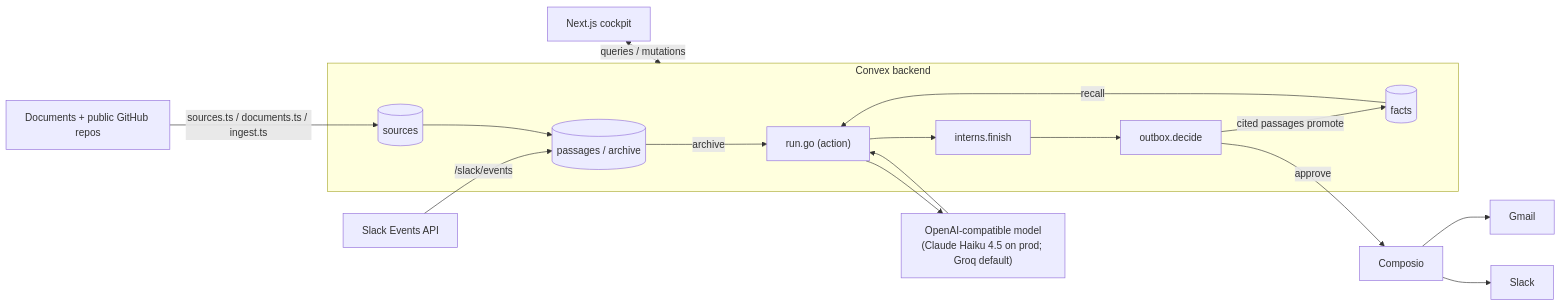
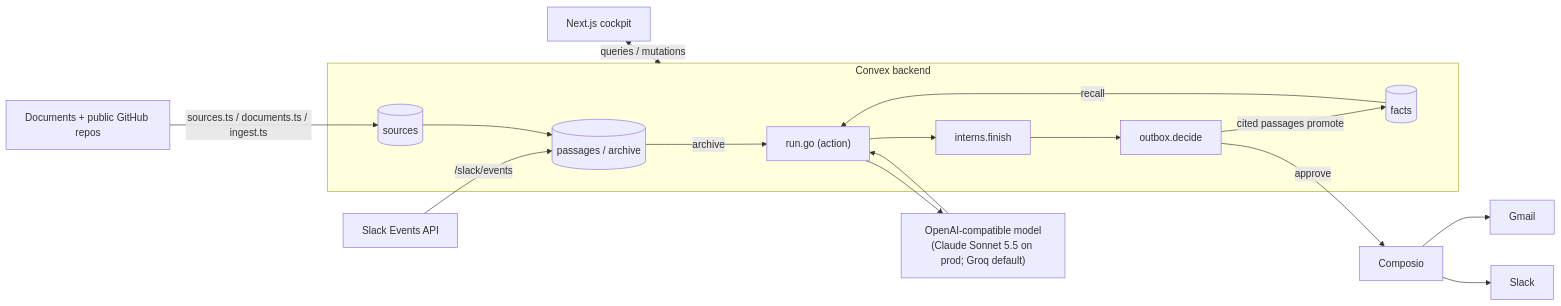
One commit to MihirSahu14/intern changed the diagram in README.md. Above: the diagram before and after it, drawn with Mermaid. The commit also changed 2 other files, not shown here.

Commit message:
model: stop sending temperature, so Claude Sonnet 5.5 can run
Claude Sonnet 5.5 refuses any non-default sampling setting with a 400, so
the temperature 0.4 sent on every call would push every run to the
fallback model. Nothing passed a temperature of its own; the option goes.
Prod moves to claude-sonnet-5-5 by env (MODEL_NAME, and the budget's
MODEL_USD_PER_M_IN/OUT at 2 and 10).

````diff
--- a/README.md
+++ b/README.md
@@ -65,26 +65,26 @@
 ```mermaid
 flowchart LR
     UI["Next.js cockpit"] <-->|"queries / mutations"| Convex
 
     subgraph Convex["Convex backend"]
         Run["run.go (action)"]
         Finish["interns.finish"]
         Outbox["outbox.decide"]
         Facts[("facts")]
         Passages[("passages / archive")]
         Sources[("sources")]
     end
 
     Facts -->|"recall"| Run
     Passages -->|"archive"| Run
-    Run --> Model["OpenAI-compatible model\n(Claude Haiku 4.5 on prod; Groq default)"]
+    Run --> Model["OpenAI-compatible model\n(Claude Sonnet 5.5 on prod; Groq default)"]
     Model --> Run
     Run --> Finish --> Outbox
     Outbox -->|"approve"| Composio
     Outbox -->|"cited passages promote"| Facts
     Composio --> Gmail
     Composio --> Slack
 
     SlackEvents["Slack Events API"] -->|"/slack/events"| Passages
     Docs["Documents + public GitHub repos"] -->|"sources.ts / documents.ts / ingest.ts"| Sources --> Passages
 ```
````
